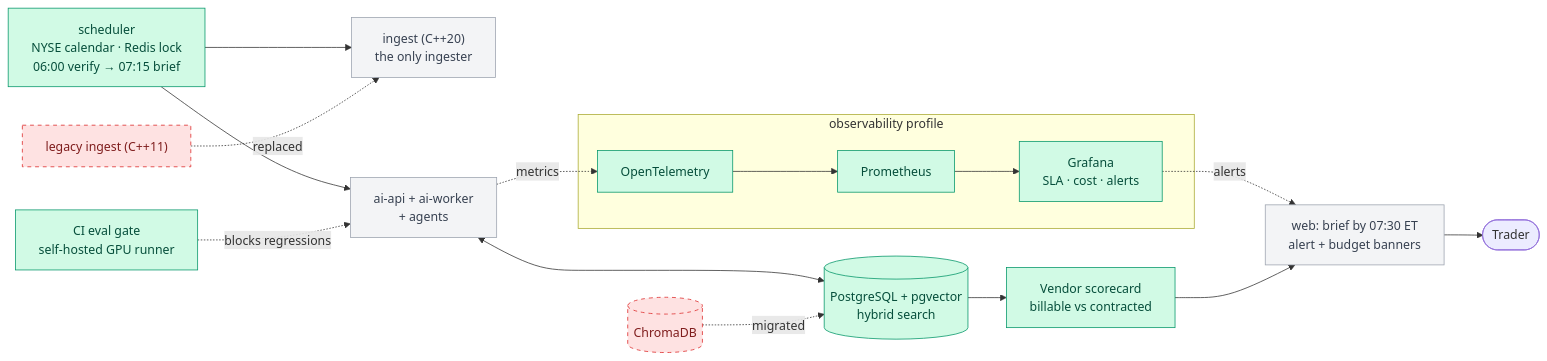
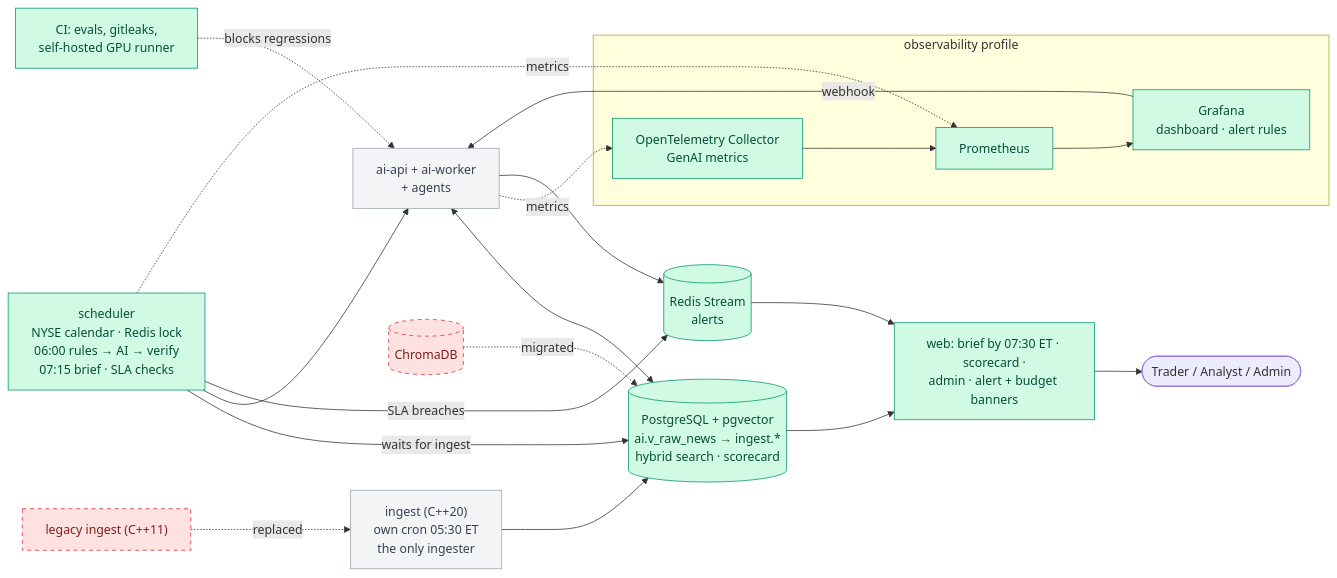
The seventh of 7 diagrams in README.md (tomjnet/premarket-ai), drawn with Mermaid before and after one commit. The commit also changed other lines of this file and 86 other files, not shown here.

````diff
--- a/README.md
+++ b/README.md
@@ -518,34 +586,37 @@
 ```mermaid
 flowchart LR
   classDef new fill:#d1fae5,stroke:#059669,color:#064e3b
   classDef old fill:#f3f4f6,stroke:#9ca3af,color:#374151
   classDef retired fill:#fee2e2,stroke:#dc2626,color:#7f1d1d,stroke-dasharray: 5 5
 
-  SCH["scheduler<br/>NYSE calendar · Redis lock<br/>06:00 verify → 07:15 brief"]:::new
-  ING["ingest (C++20)<br/>the only ingester"]:::old
+  ING["ingest (C++20)<br/>own cron 05:30 ET<br/>the only ingester"]:::old
   LEG["legacy ingest (C++11)"]:::retired
+  SCH["scheduler<br/>NYSE calendar · Redis lock<br/>06:00 rules → AI → verify<br/>07:15 brief · SLA checks"]:::new
   AI["ai-api + ai-worker<br/>+ agents"]:::old
-  PGV[("PostgreSQL + pgvector<br/>hybrid search")]:::new
+  PGV[("PostgreSQL + pgvector<br/>ai.v_raw_news → ingest.*<br/>hybrid search · scorecard")]:::new
   CH[("ChromaDB")]:::retired
+  AL[("Redis Stream<br/>alerts")]:::new
   subgraph OBS["observability profile"]
-    OT["OpenTelemetry"]:::new
+    OT["OpenTelemetry Collector<br/>GenAI metrics"]:::new
     PR["Prometheus"]:::new
-    GR["Grafana<br/>SLA · cost · alerts"]:::new
+    GR["Grafana<br/>dashboard · alert rules"]:::new
     OT --> PR --> GR
   end
-  SCORE["Vendor scorecard<br/>billable vs contracted"]:::new
-  CI["CI eval gate<br/>self-hosted GPU runner"]:::new
-  WEB["web: brief by 07:30 ET<br/>alert + budget banners"]:::old
-  T(["Trader"])
+  CI["CI: evals, gitleaks,<br/>self-hosted GPU runner"]:::new
+  WEB["web: brief by 07:30 ET · scorecard ·<br/>admin · alert + budget banners"]:::new
+  T(["Trader / Analyst / Admin"])
 
-  SCH --> ING
+  ING --> PGV
   LEG -. "replaced" .-> ING
+  SCH -- "waits for ingest" --> PGV
   SCH --> AI
   AI <--> PGV
   CH -. "migrated" .-> PGV
+  SCH -- "SLA breaches" --> AL
   AI -. metrics .-> OT
-  GR -. alerts .-> WEB
-  PGV --> SCORE --> WEB
+  SCH -. metrics .-> PR
+  GR -- "webhook" --> AI --> AL
+  AL --> WEB
+  PGV --> WEB --> T
   CI -. "blocks regressions" .-> AI
-  WEB --> T
 ```
````
